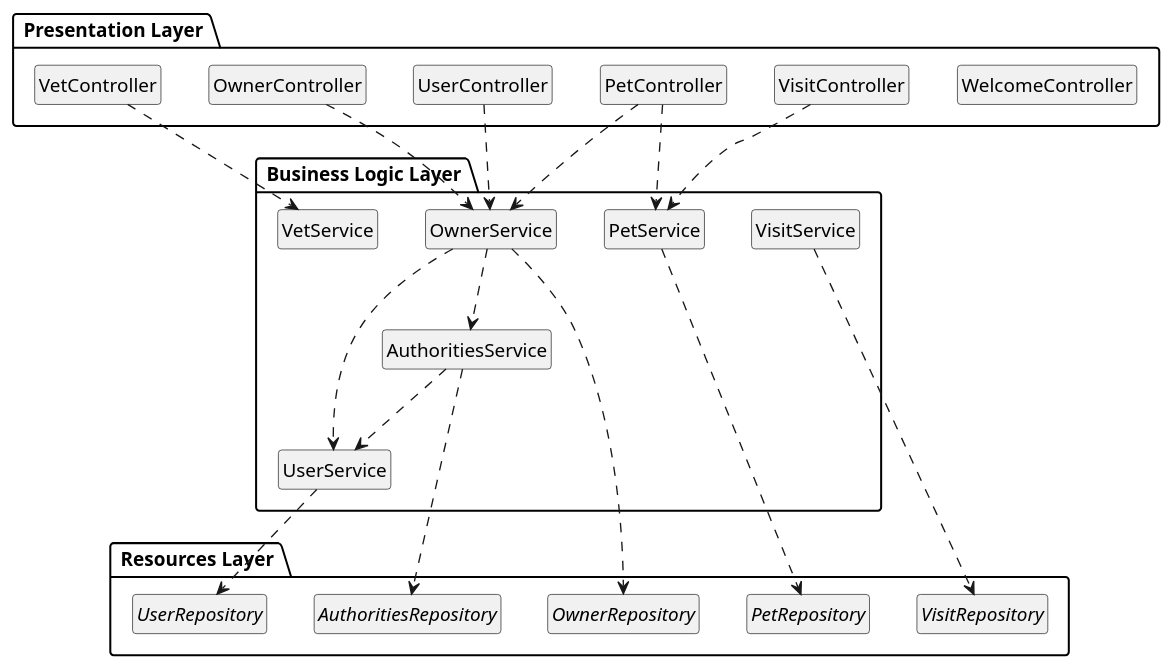
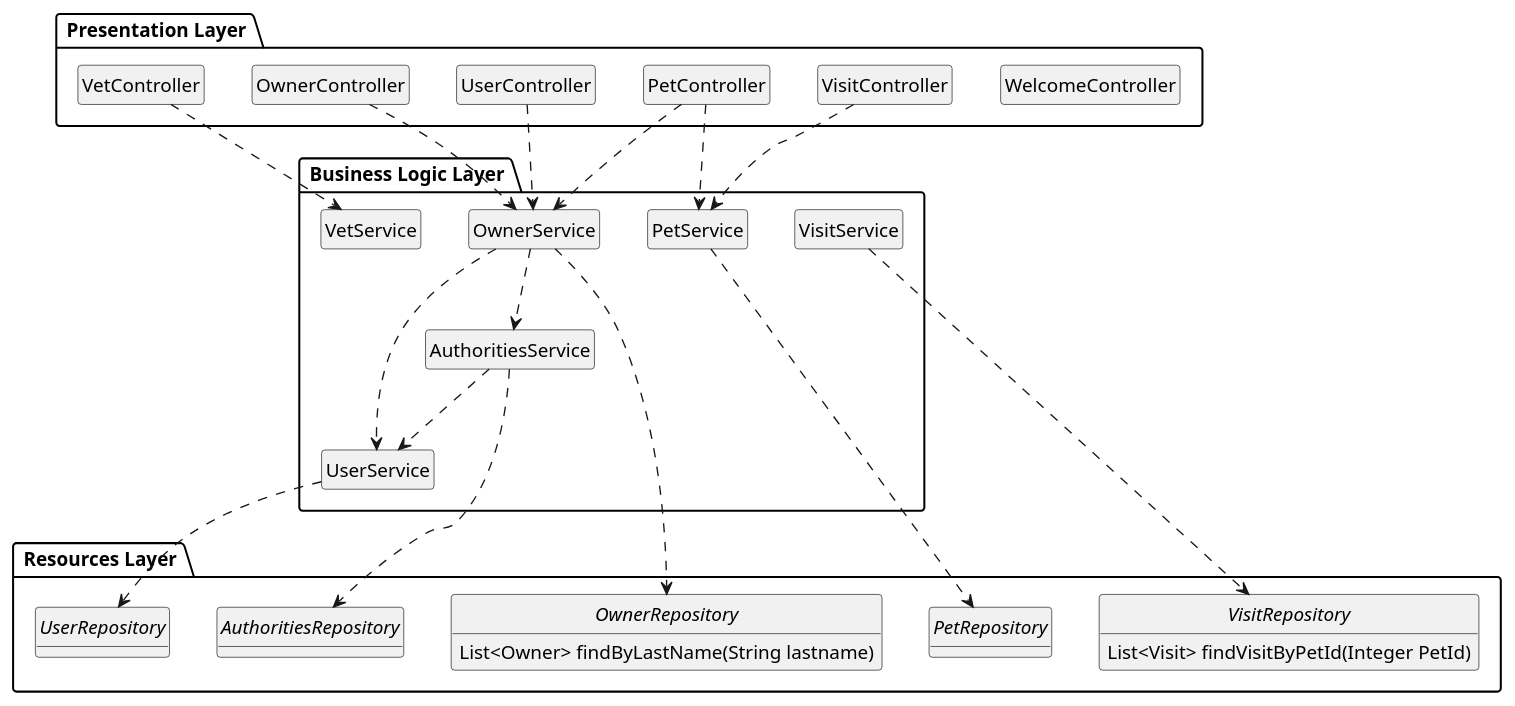
One commit to gii-is-DP1/react-petclinic changed the diagram in docs/diagrams/LayersUMLPackageDiagram.iuml. Above: the diagram before and after it, drawn with PlantUML.

```diff
--- a/docs/diagrams/LayersUMLPackageDiagram.iuml
+++ b/docs/diagrams/LayersUMLPackageDiagram.iuml
@@ -1,50 +1,56 @@
 @startuml
 
 hide circle
-hide members
+
 
 package " Presentation Layer " as Presentation {
+    hide members
     class WelcomeController
     class UserController
     class OwnerController
     class PetController
     class VisitController
     class VetController
 }
 
 package " Business Logic Layer " as BusinessLogic {
+    hide members
     class AuthoritiesService
     class UserService
     class OwnerService
     class PetService
     class VisitService
     class VetService
 }
 
 package " Resources Layer " as Resources {
+    hide attributes
     interface AuthoritiesRepository 
     interface UserRepository 
     interface PetRepository
-    interface VisitRepository
-    interface OwnerRepository
+    interface VisitRepository {
+        List<Visit> findVisitByPetId(Integer PetId)
+    }
+    interface OwnerRepository {
+        List<Owner> findByLastName(String lastname)
+    }
 }
 
 UserController  ..> OwnerService
 OwnerController ..> OwnerService
 PetController ..> OwnerService
 PetController ..> PetService
 VisitController ..> PetService
 VetController ..> VetService
 
 AuthoritiesService ..> UserService
 OwnerService ..> UserService
 OwnerService ..> AuthoritiesService
 
 OwnerService ..> OwnerRepository
 UserService ..> UserRepository
 AuthoritiesService ..> AuthoritiesRepository
 PetService ..> PetRepository
 VisitService ..> VisitRepository
 
-
 @enduml
```
